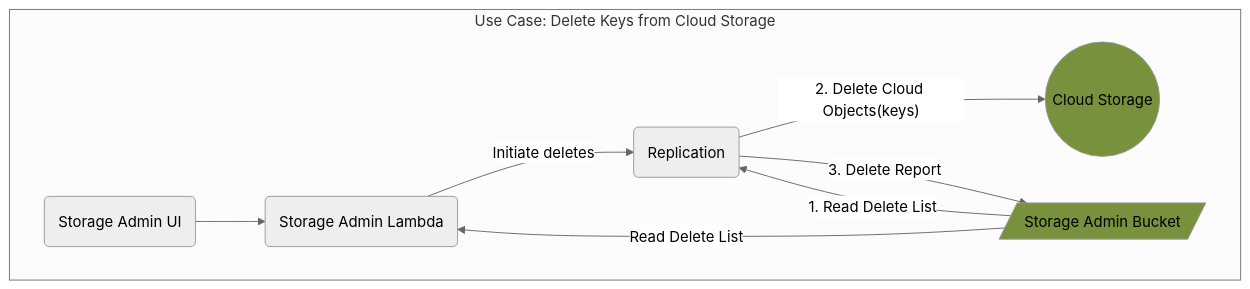
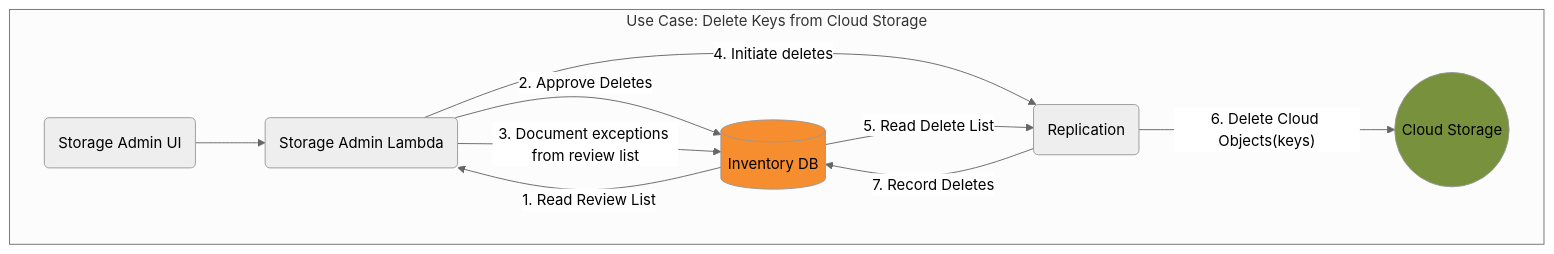
The diagram in diagrams/store-admin-del-node-keys.mmd (CDLUC3/mrt-doc), drawn with Mermaid before and after one commit. The commit also changed 16 other files, not shown here.

Commit message:
Update diagrams and table details

```diff
--- a/diagrams/store-admin-del-node-keys.mmd
+++ b/diagrams/store-admin-del-node-keys.mmd
@@ -1,19 +1,21 @@
 %%{init: {'theme': 'neutral', 'securityLevel': 'loose'}}%%
 graph TD
   SAUI("Storage Admin UI")
   SA("Storage Admin Lambda")
-  SABUCK[/"Storage Admin Bucket"/]
+  RDS[(Inventory DB)]
   REPLIC("Replication")
   CLOUD(("Cloud Storage"))
 
   subgraph "Use Case: Delete Keys from Cloud Storage"
     SAUI-->SA
-    SABUCK-->|"Read Delete List"|SA
-    SA-->|"Initiate deletes"|REPLIC
-    SABUCK-->|"1. Read Delete List"|REPLIC
-    REPLIC-->|"2. Delete Cloud Objects(keys)"|CLOUD
-    REPLIC-->|"3. Delete Report"|SABUCK
+    RDS-->|"1. Read Review List"|SA
+    SA-->|"2. Approve Deletes"|RDS
+    SA-->|"3. Document exceptions from review list"|RDS
+    SA-->|"4. Initiate deletes"|REPLIC
+    RDS-->|"5. Read Delete List"|REPLIC
+    REPLIC-->|"6. Delete Cloud Objects(keys)"|CLOUD
+    REPLIC-->|"7. Record Deletes"|RDS
   end
 
-  style SABUCK fill:#77913C
+  style RDS fill:#F68D2F
   style CLOUD fill:#77913C
```
